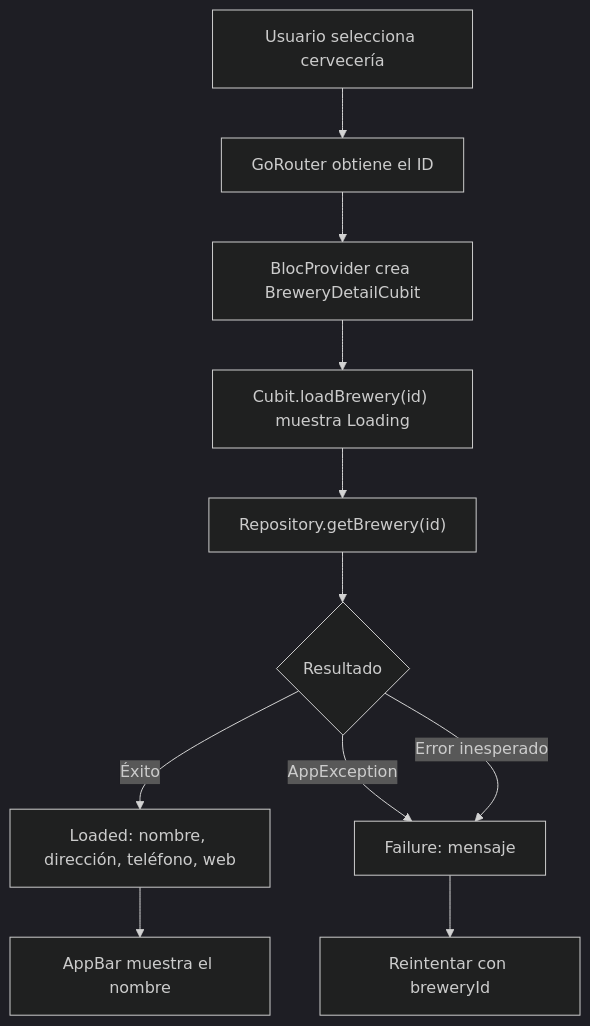
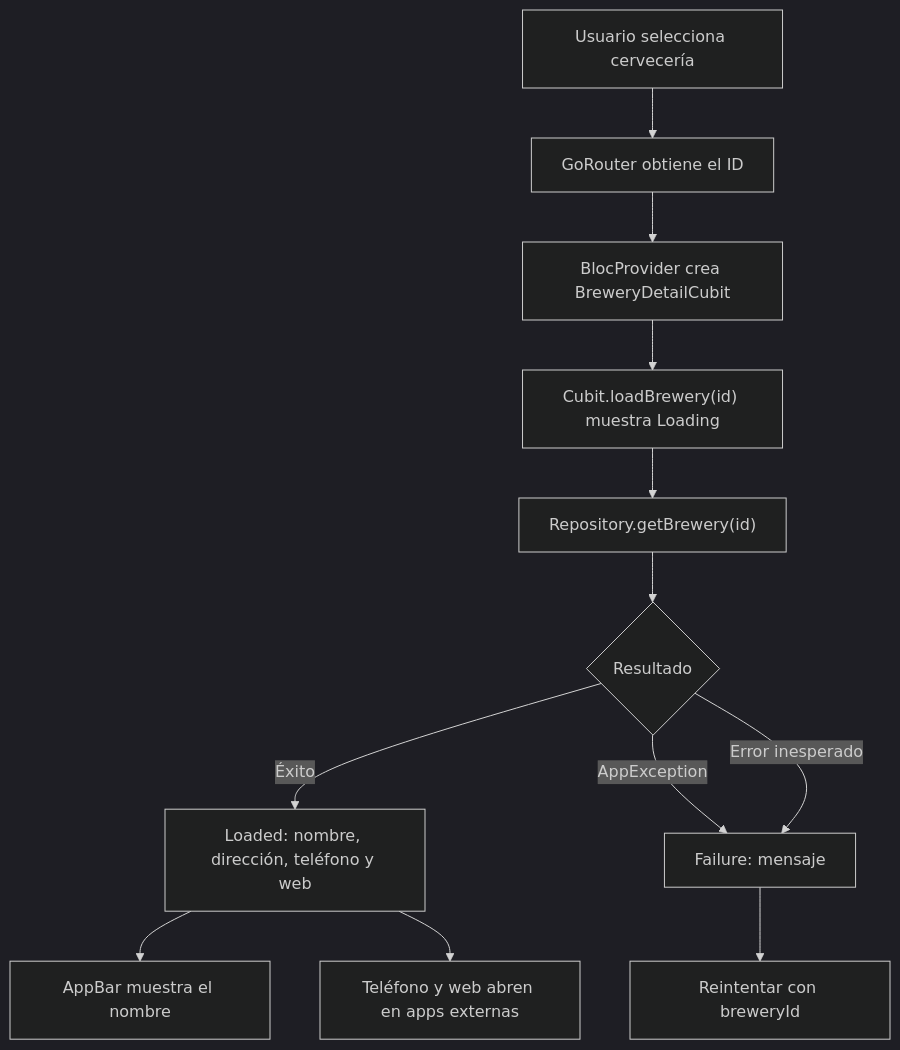
The fourth of 6 diagrams in README.md (itorresgalaz/forest_app), drawn with Mermaid (dark theme) before and after one commit. The commit also changed other lines of this file and 4 other files, not shown here.

````diff
--- a/README.md
+++ b/README.md
@@ -120,13 +125,14 @@
 ```mermaid
 flowchart TD
 A["Usuario selecciona cervecería"] --> B["GoRouter obtiene el ID"]
 B --> C["BlocProvider crea BreweryDetailCubit"]
 C --> D["Cubit.loadBrewery(id) muestra Loading"]
 D --> E["Repository.getBrewery(id)"]
 E --> F{"Resultado"}
-F -->|Éxito| G["Loaded: nombre, dirección, teléfono, web"]
+F -->|Éxito| G["Loaded: nombre, dirección, teléfono y web"]
 F -->|AppException| H["Failure: mensaje"]
 F -->|Error inesperado| H
 G --> I["AppBar muestra el nombre"]
+G --> K["Teléfono y web abren en apps externas"]
 H --> J["Reintentar con breweryId"]
 ```
````
